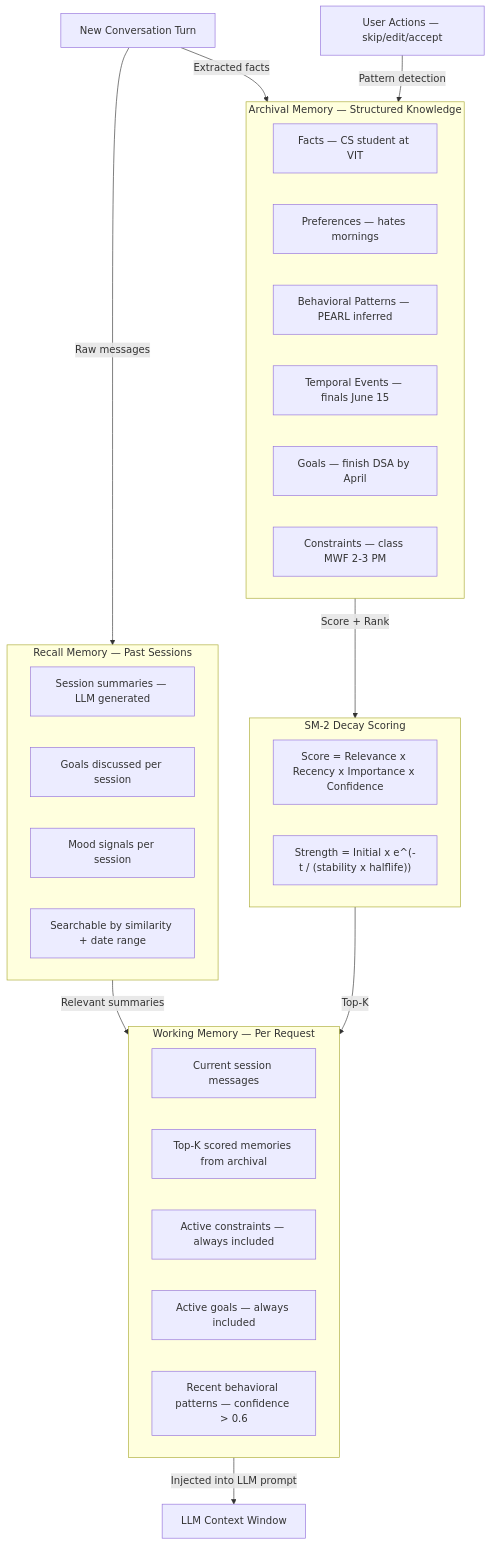
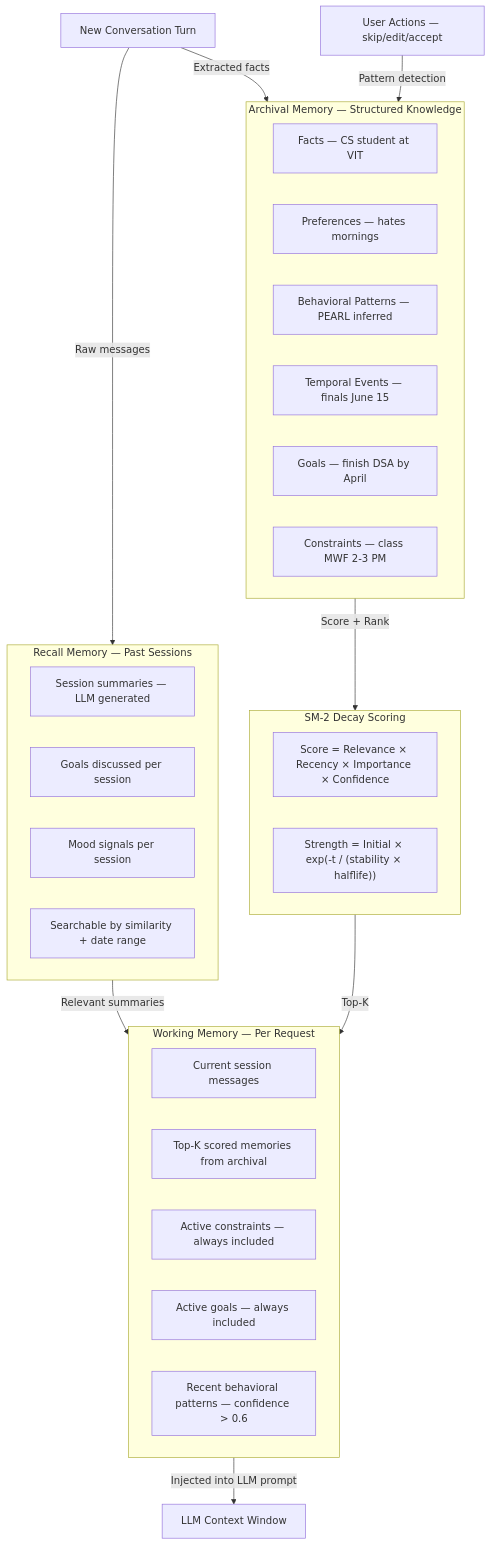
One commit to HackHeroic/Jarvis-Engine changed the fourth of 10 diagrams in docs/PITCH_ARCHITECTURE.md. Above: the diagram before and after it, drawn with Mermaid. The commit also changed other lines of this file and 16 other files, not shown here.

````diff
--- a/docs/PITCH_ARCHITECTURE.md
+++ b/docs/PITCH_ARCHITECTURE.md
@@ -153,40 +153,40 @@
 ```mermaid
 flowchart TD
     subgraph Working [Working Memory — Per Request]
         WM1[Current session messages]
         WM2[Top-K scored memories from archival]
         WM3[Active constraints — always included]
         WM4[Active goals — always included]
-        WM5[Recent behavioral patterns — confidence > 0.6]
+        WM5["Recent behavioral patterns — confidence > 0.6"]
     end
 
     subgraph Recall [Recall Memory — Past Sessions]
         RM1[Session summaries — LLM generated]
         RM2[Goals discussed per session]
         RM3[Mood signals per session]
         RM4[Searchable by similarity + date range]
     end
 
     subgraph Archival [Archival Memory — Structured Knowledge]
         AM_Facts[Facts — CS student at VIT]
         AM_Prefs[Preferences — hates mornings]
         AM_Patterns[Behavioral Patterns — PEARL inferred]
         AM_Events[Temporal Events — finals June 15]
         AM_Goals[Goals — finish DSA by April]
         AM_Constraints[Constraints — class MWF 2-3 PM]
     end
 
     subgraph Scoring [SM-2 Decay Scoring]
-        Score["Score = Relevance x Recency x Importance x Confidence"]
-        Decay["Strength = Initial x e^(-t / (stability x halflife))"]
+        Score["Score = Relevance × Recency × Importance × Confidence"]
+        Decay["Strength = Initial × exp(-t / (stability × halflife))"]
     end
 
     Archival -->|Score + Rank| Scoring
     Scoring -->|Top-K| Working
     Recall -->|Relevant summaries| Working
     Working -->|Injected into LLM prompt| LLM[LLM Context Window]
 
     NewTurn[New Conversation Turn] -->|Raw messages| Recall
     NewTurn -->|Extracted facts| Archival
     UserActions[User Actions — skip/edit/accept] -->|Pattern detection| Archival
 ```
````
